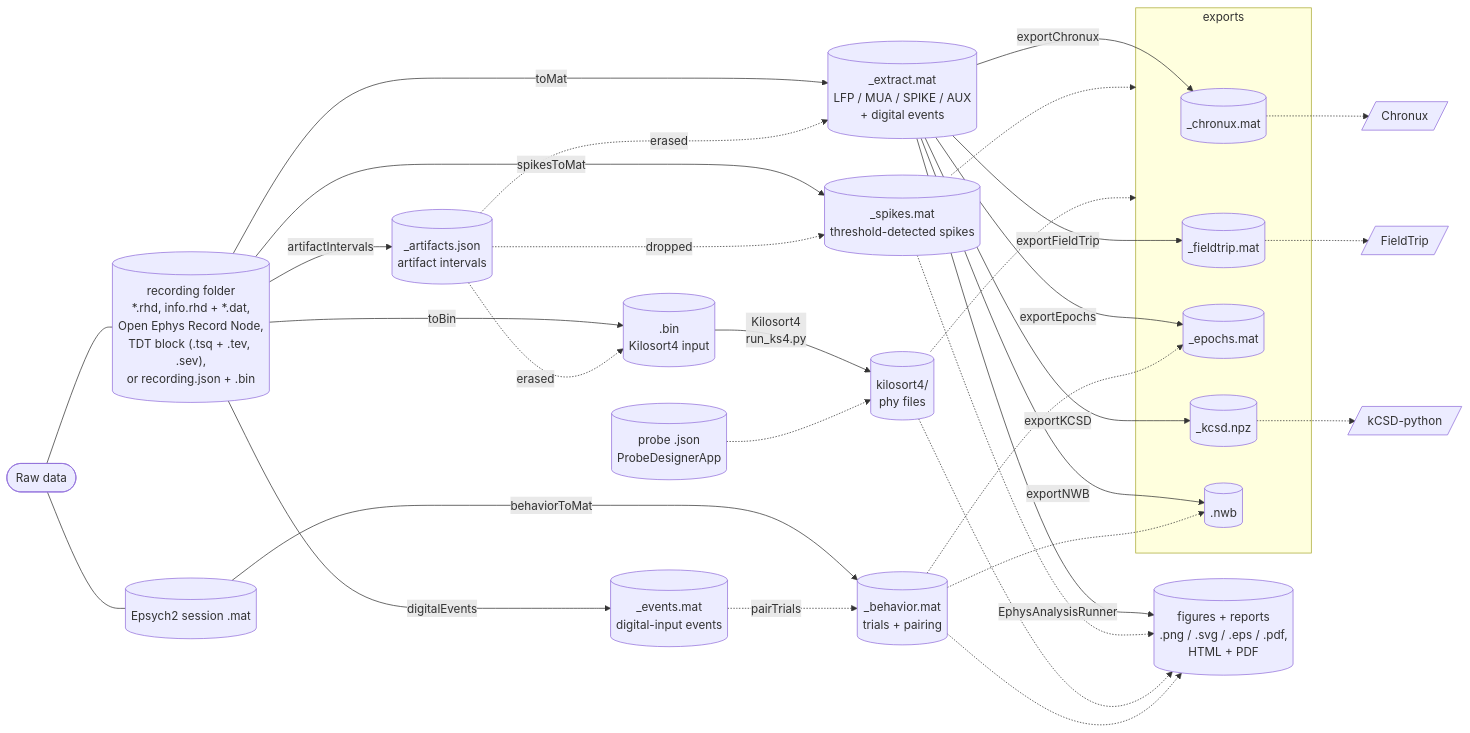
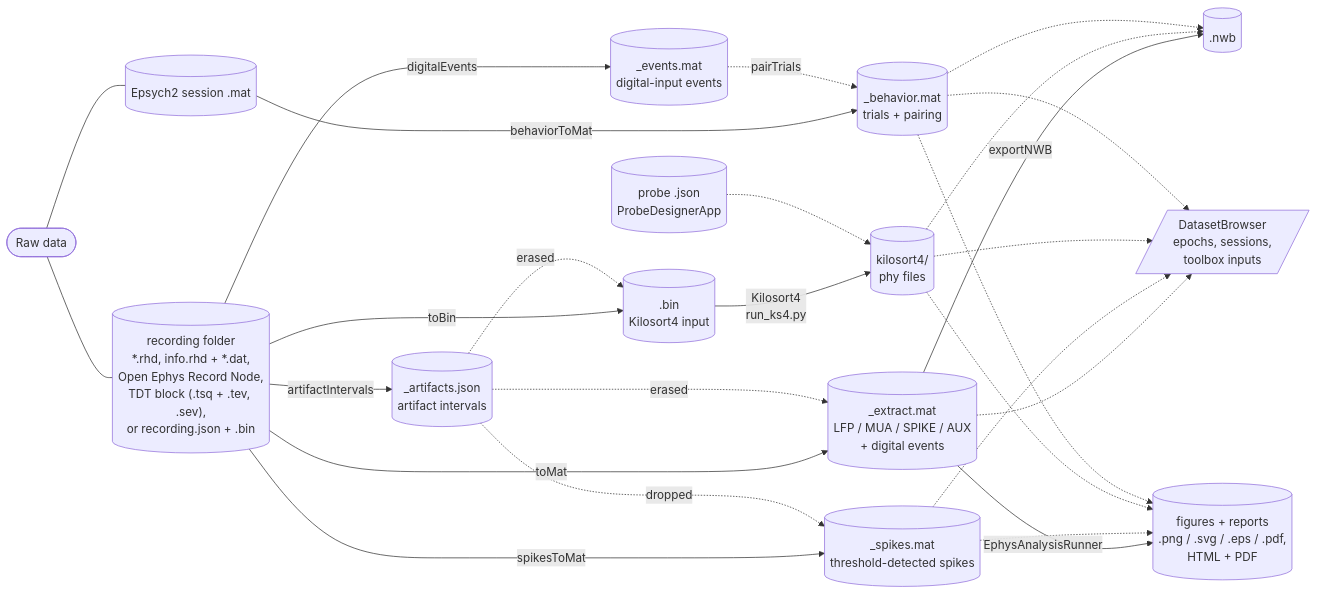
The diagram in documentation/README.md (dstolz/ephys_analysis), drawn with Mermaid before and after one commit. The commit also changed other lines of this file and 72 other files, not shown here.

First line of the commit message:
Remove the pipeline's toolbox and epoch exports; Export writes NWB only

````diff
--- a/documentation/README.md
+++ b/documentation/README.md
@@ -65,41 +67,29 @@
 ```mermaid
 flowchart LR
     RAW(["Raw data"])
     RAW --- REC[("recording folder<br/>*.rhd, info.rhd + *.dat,<br/>Open Ephys Record Node,<br/>TDT block (.tsq + .tev, .sev),<br/>or recording.json + .bin")]
     RAW --- BEH[(Epsych2 session .mat)]
 
     REC -- digitalEvents --> EVT[("_events.mat<br/>digital-input events")]
     REC -- artifactIntervals --> ART[("_artifacts.json<br/>artifact intervals")]
     REC -- toBin --> BIN[(".bin<br/>Kilosort4 input")]
     REC -- toMat --> MAT[("_extract.mat<br/>LFP / MUA / SPIKE / AUX<br/>+ digital events")]
     REC -- spikesToMat --> SPK[("_spikes.mat<br/>threshold-detected spikes")]
     BEH -- behaviorToMat ----> BMAT[("_behavior.mat<br/>trials + pairing")]
 
     ART -. erased .-> BIN
     ART -. erased .-> MAT
     ART -. dropped .-> SPK
     BIN -- "Kilosort4<br/>run_ks4.py" --> KS[("kilosort4/<br/>phy files")]
     PRB[("probe .json<br/>ProbeDesignerApp")] -.-> KS
     EVT -. pairTrials .-> BMAT
 
-    subgraph EXP["exports"]
-        CHX[(_chronux.mat)]
-        FTX[(_fieldtrip.mat)]
-        EPO[(_epochs.mat)]
-        KCX[(_kcsd.npz)]
-        NWBX[(.nwb)]
-    end
-    MAT -- exportChronux --> CHX
-    MAT -- exportFieldTrip --> FTX
-    MAT -- exportEpochs --> EPO
-    MAT -- exportKCSD --> KCX
+    NWBX[(".nwb")]
     MAT -- exportNWB --> NWBX
-    SPK & KS -.-> EXP
-    BMAT -.-> EPO & NWBX
-    CHX -.-> CHRONUX[/Chronux/]
-    FTX -.-> FIELDTRIP[/FieldTrip/]
-    KCX -.-> KCSD[/kCSD-python/]
+    KS -.-> NWBX
+    BMAT -.-> NWBX
+    MAT & SPK & KS & BMAT -.-> DSB[/"DatasetBrowser<br/>epochs, sessions,<br/>toolbox inputs"/]
 
     MAT -- EphysAnalysisRunner --> FIGS[("figures + reports<br/>.png / .svg / .eps / .pdf,<br/>HTML + PDF")]
     SPK & KS & BMAT -.-> FIGS
 ```
````
